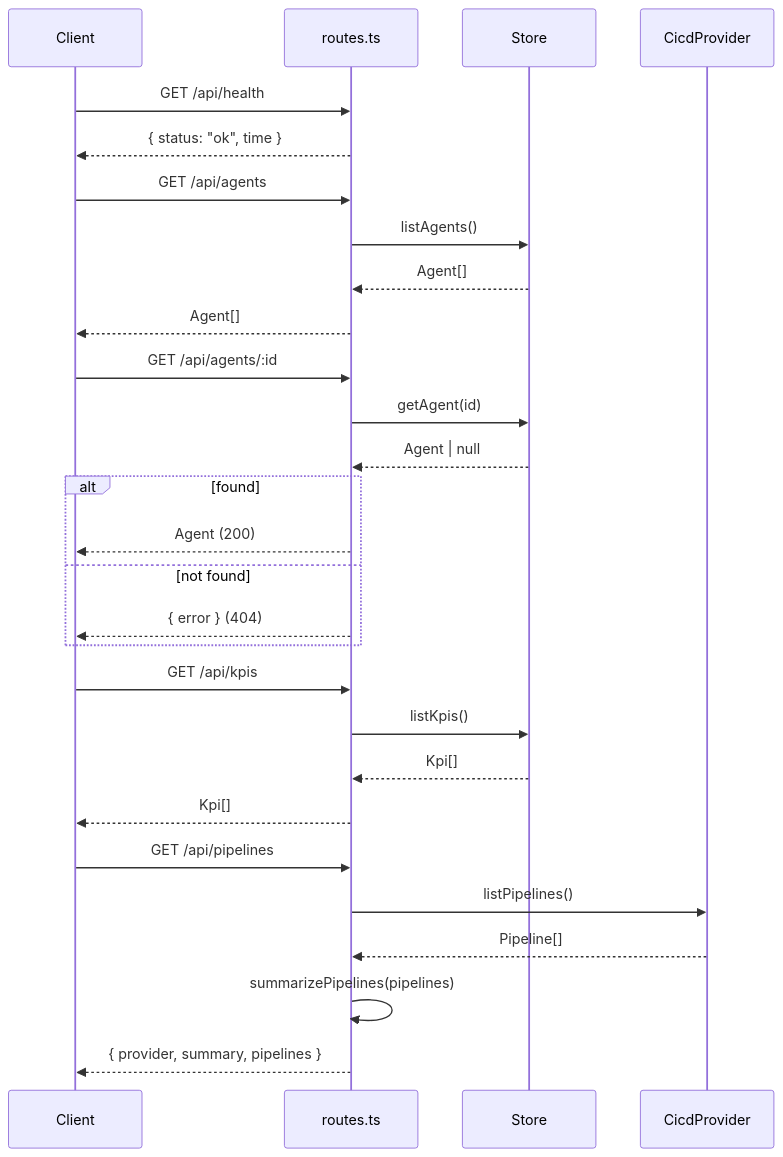
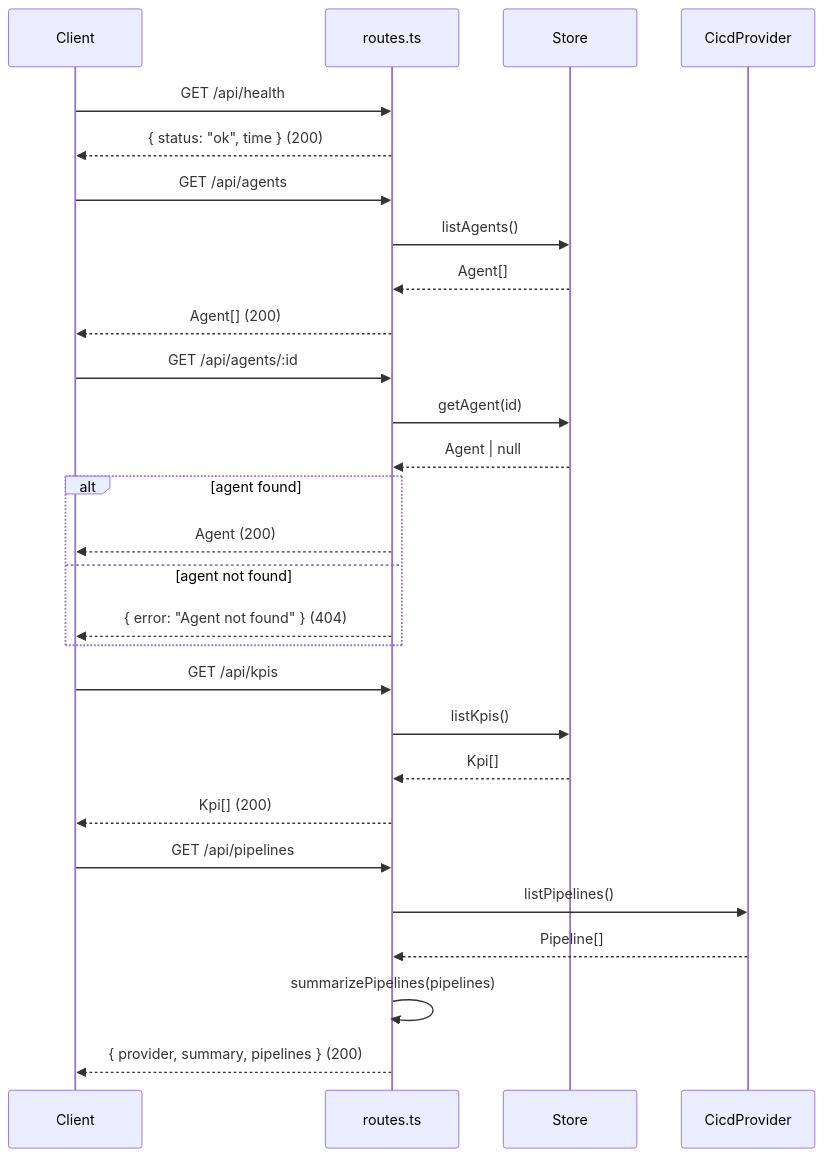
Before and after one commit to Gunashekharp/sdlc-sample-worflow: the diagram in docs-site/src/content/docs/backend/routes.md, drawn with Mermaid. The commit also changed other lines of this file and 52 other files, not shown here.

````diff
--- a/docs-site/src/content/docs/backend/routes.md
+++ b/docs-site/src/content/docs/backend/routes.md
@@ -133,35 +136,35 @@
 ```mermaid
 sequenceDiagram
-  participant Client
-  participant Routes as routes.ts
-  participant Store
-  participant Cicd as CicdProvider
+    participant Client
+    participant Routes as routes.ts
+    participant Store
+    participant Cicd as CicdProvider
 
-  Client->>Routes: GET /api/health
-  Routes-->>Client: { status: "ok", time }
+    Client->>Routes: GET /api/health
+    Routes-->>Client: { status: "ok", time } (200)
 
-  Client->>Routes: GET /api/agents
-  Routes->>Store: listAgents()
-  Store-->>Routes: Agent[]
-  Routes-->>Client: Agent[]
+    Client->>Routes: GET /api/agents
+    Routes->>Store: listAgents()
+    Store-->>Routes: Agent[]
+    Routes-->>Client: Agent[] (200)
 
-  Client->>Routes: GET /api/agents/:id
-  Routes->>Store: getAgent(id)
-  Store-->>Routes: Agent | null
-  alt found
-    Routes-->>Client: Agent (200)
-  else not found
-    Routes-->>Client: { error } (404)
-  end
+    Client->>Routes: GET /api/agents/:id
+    Routes->>Store: getAgent(id)
+    Store-->>Routes: Agent | null
+    alt agent found
+        Routes-->>Client: Agent (200)
+    else agent not found
+        Routes-->>Client: { error: "Agent not found" } (404)
+    end
 
-  Client->>Routes: GET /api/kpis
-  Routes->>Store: listKpis()
-  Store-->>Routes: Kpi[]
-  Routes-->>Client: Kpi[]
+    Client->>Routes: GET /api/kpis
+    Routes->>Store: listKpis()
+    Store-->>Routes: Kpi[]
+    Routes-->>Client: Kpi[] (200)
 
-  Client->>Routes: GET /api/pipelines
-  Routes->>Cicd: listPipelines()
-  Cicd-->>Routes: Pipeline[]
-  Routes->>Routes: summarizePipelines(pipelines)
-  Routes-->>Client: { provider, summary, pipelines }
+    Client->>Routes: GET /api/pipelines
+    Routes->>Cicd: listPipelines()
+    Cicd-->>Routes: Pipeline[]
+    Routes->>Routes: summarizePipelines(pipelines)
+    Routes-->>Client: { provider, summary, pipelines } (200)
 ```
````
